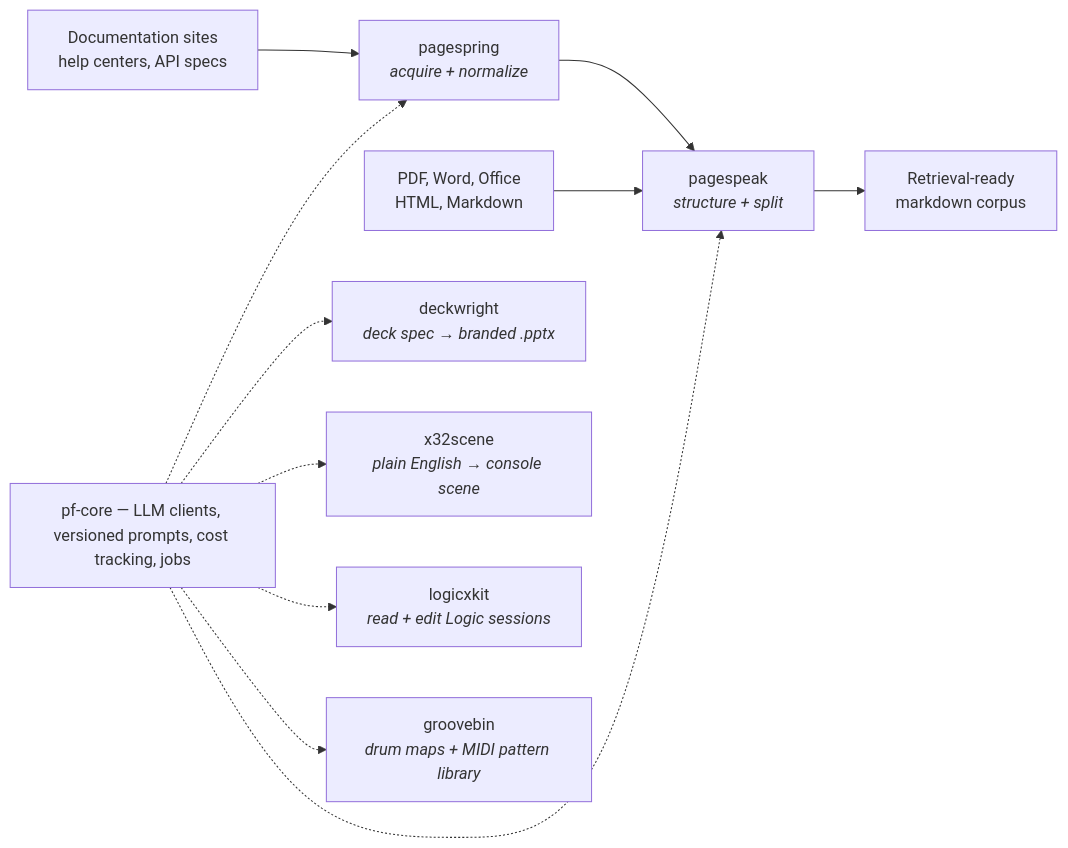
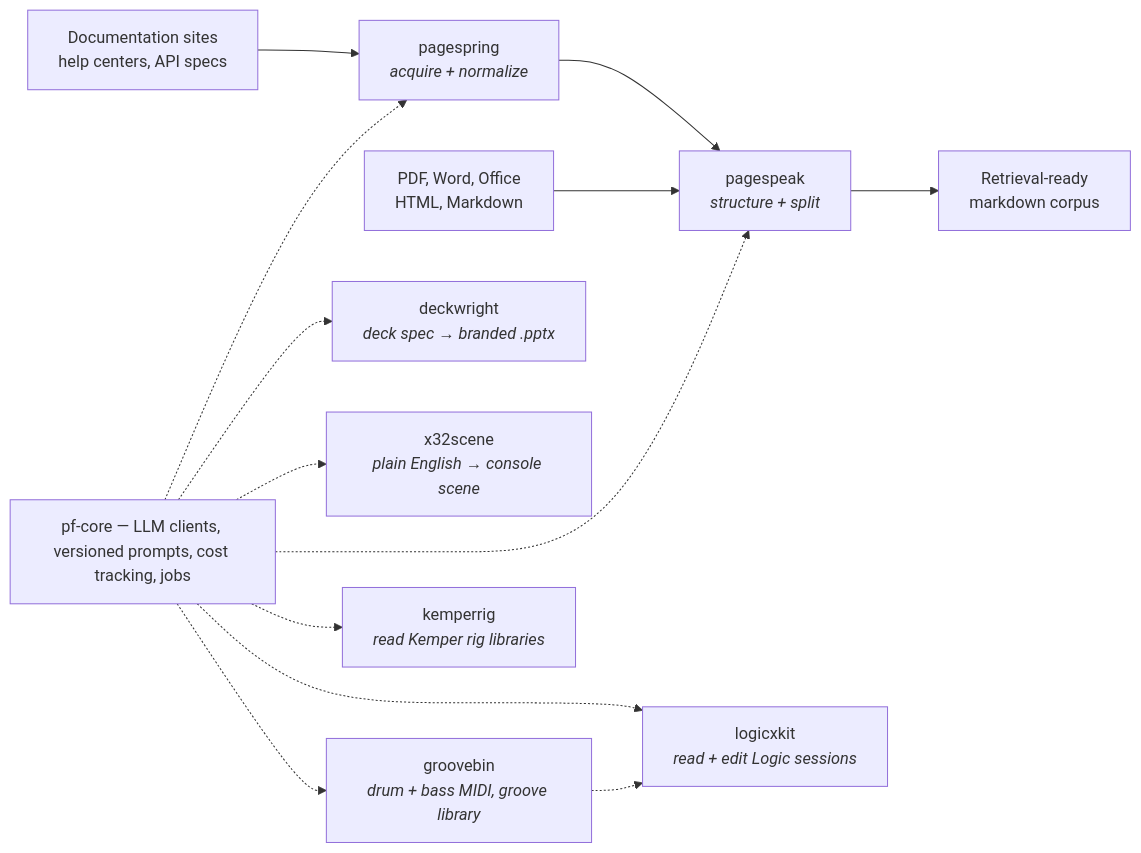
Before and after one commit to phierceweb/.github: the diagram in profile/README.md, drawn with Mermaid. The commit also changed other lines of this file, not shown here.

Commit message:
Add kemperrig

````diff
--- a/profile/README.md
+++ b/profile/README.md
@@ -7,13 +7,15 @@
 ```mermaid
 flowchart LR
     A["Documentation sites<br/>help centers, API specs"] --> B["pagespring<br/><i>acquire + normalize</i>"]
     B --> C["pagespeak<br/><i>structure + split</i>"]
     D["PDF, Word, Office<br/>HTML, Markdown"] --> C
     C --> E["Retrieval-ready<br/>markdown corpus"]
     F["pf-core — LLM clients, versioned prompts, cost tracking, jobs"] -.-> B
     F -.-> C
     F -.-> G["deckwright<br/><i>deck spec → branded .pptx</i>"]
     F -.-> H["x32scene<br/><i>plain English → console scene</i>"]
     F -.-> I["logicxkit<br/><i>read + edit Logic sessions</i>"]
-    F -.-> J["groovebin<br/><i>drum maps + MIDI pattern library</i>"]
+    F -.-> J["groovebin<br/><i>drum + bass MIDI, groove library</i>"]
+    F -.-> K["kemperrig<br/><i>read Kemper rig libraries</i>"]
+    J -.-> I
 ```
````
